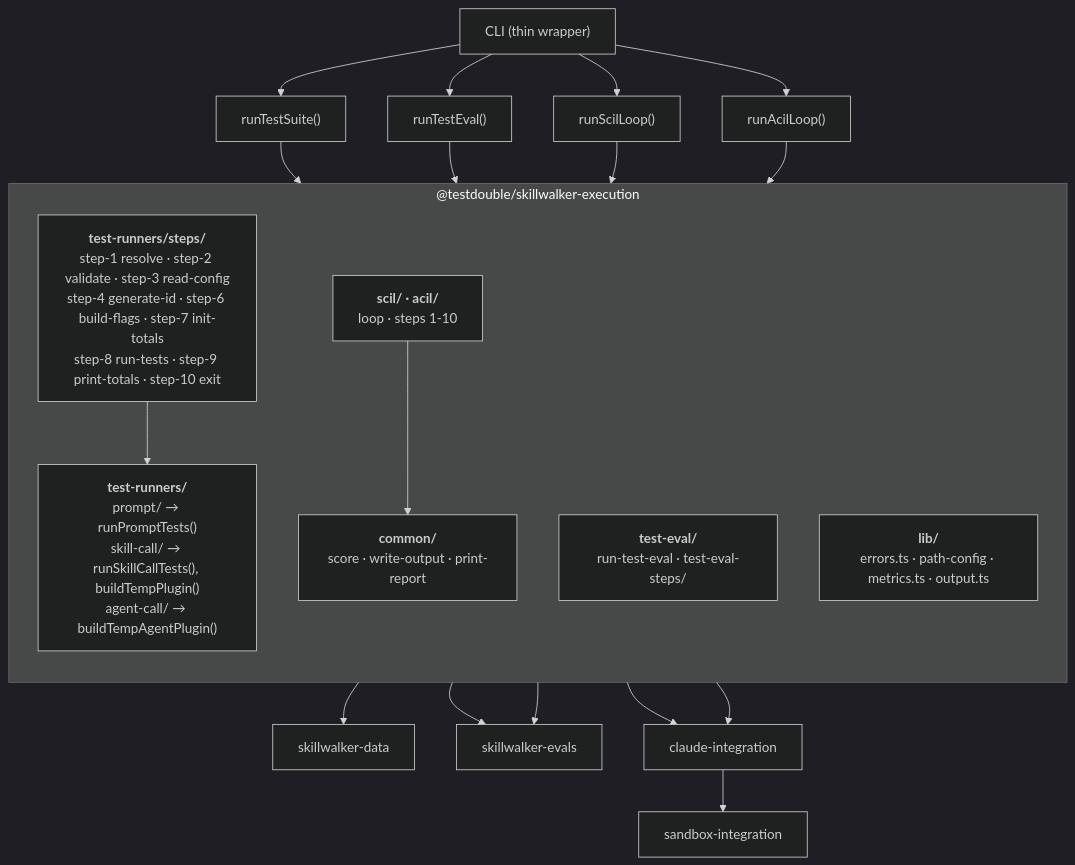
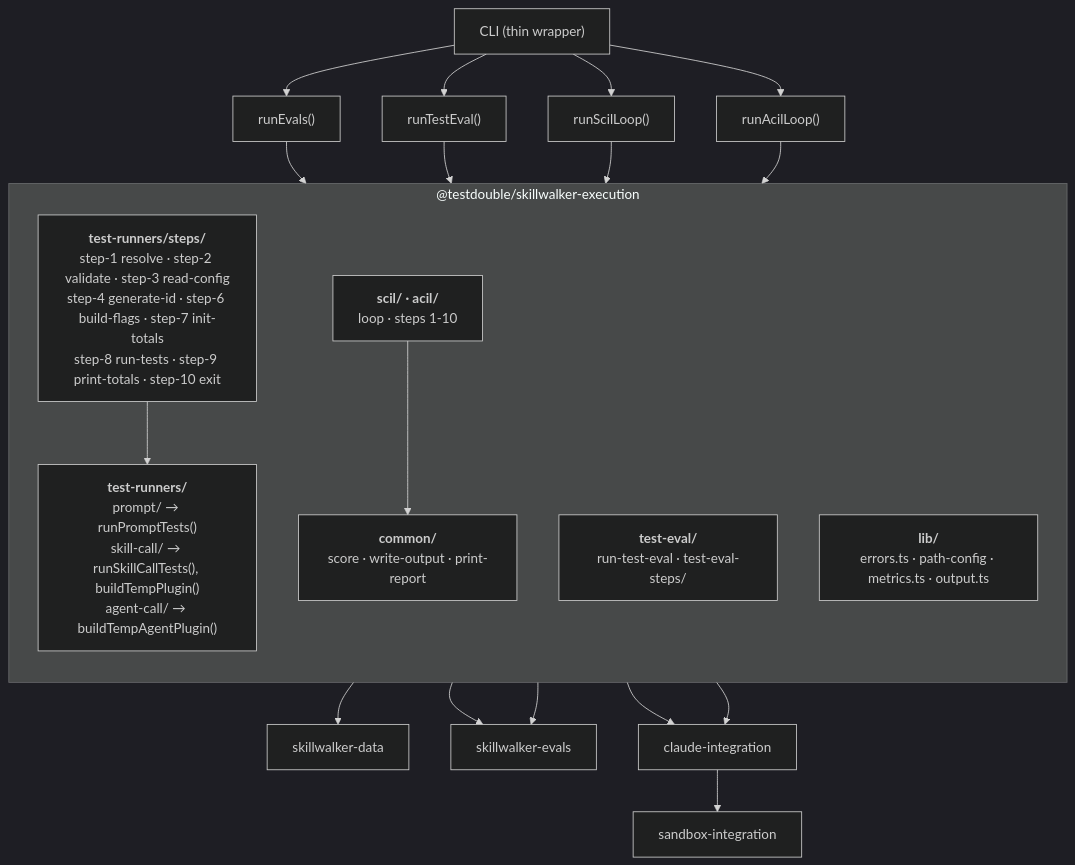
One commit to testdouble/skills-test-harness changed the diagram in docs/execution.md. Above: the diagram before and after it, drawn with Mermaid (dark theme). The commit also changed other lines of this file and 432 other files, not shown here.

First line of the commit message:
refactor: rename test suites to evals

````diff
--- a/docs/execution.md
+++ b/docs/execution.md
@@ -31,39 +31,39 @@
 ```mermaid
 flowchart TB
     cli["CLI (thin wrapper)"]
 
-    entry1["runTestSuite()"]
+    entry1["runEvals()"]
     entry2["runTestEval()"]
     entry3["runScilLoop()"]
     entry4["runAcilLoop()"]
 
     subgraph pkg["@testdouble/skillwalker-execution"]
         direction TB
         runsteps["<b>test-runners/steps/</b><br>step-1 resolve · step-2 validate · step-3 read-config<br>step-4 generate-id · step-6 build-flags · step-7 init-totals<br>step-8 run-tests · step-9 print-totals · step-10 exit"]
         runners["<b>test-runners/</b><br>prompt/ → runPromptTests()<br>skill-call/ → runSkillCallTests(), buildTempPlugin()<br>agent-call/ → buildTempAgentPlugin()"]
         evalpipe["<b>test-eval/</b><br>run-test-eval · test-eval-steps/"]
         loops["<b>scil/ · acil/</b><br>loop · steps 1-10"]
         common["<b>common/</b><br>score · write-output · print-report"]
         lib["<b>lib/</b><br>errors.ts · path-config · metrics.ts · output.ts"]
     end
 
     data["skillwalker-data"]
     evals["skillwalker-evals"]
     claude["claude-integration"]
     sandbox["sandbox-integration"]
 
     cli --> entry1 --> runsteps
     cli --> entry2 --> evalpipe
     cli --> entry3 --> loops
     cli --> entry4 --> loops
 
     runsteps --> runners
     runners --> claude
     evalpipe --> evals
     loops --> common
 
     pkg --> data
     pkg --> evals
     pkg --> claude
     claude --> sandbox
 ```
````
